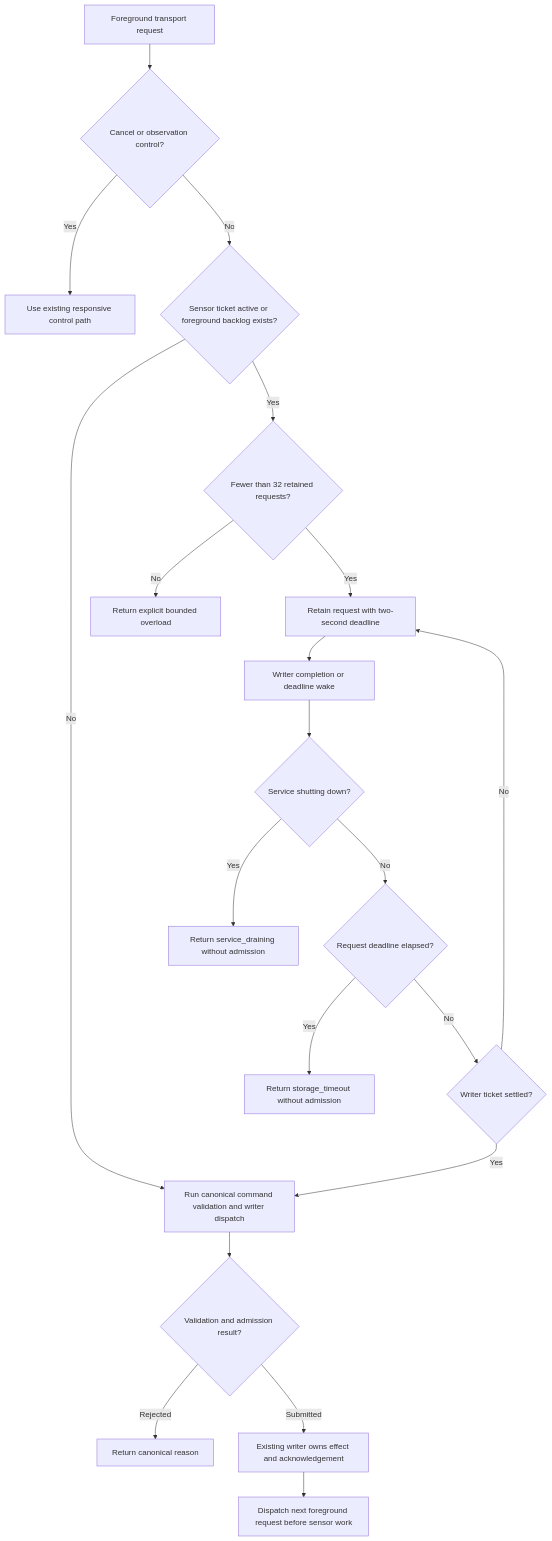
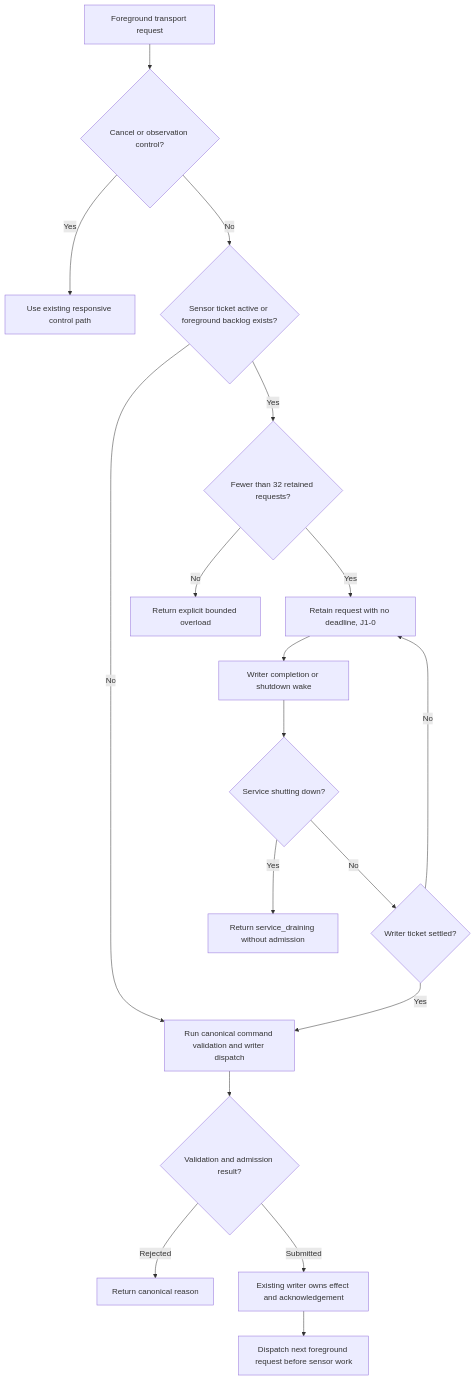
One commit to pidster/asura changed the eighth of 11 diagrams in docs/designs/sensors.md. Above: the diagram before and after it, drawn with Mermaid. The commit also changed other lines of this file and 56 other files, not shown here.

````diff
--- a/docs/designs/sensors.md
+++ b/docs/designs/sensors.md
@@ -631,22 +631,20 @@
 ```mermaid
 flowchart TD
     Request[Foreground transport request] --> Control{Cancel or observation control?}
     Control -->|Yes| Existing[Use existing responsive control path]
     Control -->|No| SensorBusy{Sensor ticket active or foreground backlog exists?}
     SensorBusy -->|No| Validate[Run canonical command validation and writer dispatch]
     SensorBusy -->|Yes| Capacity{Fewer than 32 retained requests?}
     Capacity -->|No| Busy[Return explicit bounded overload]
-    Capacity -->|Yes| Retain[Retain request with two-second deadline]
-    Retain --> Wake[Writer completion or deadline wake]
+    Capacity -->|Yes| Retain[Retain request with no deadline, J1-0]
+    Retain --> Wake[Writer completion or shutdown wake]
     Wake --> Closing{Service shutting down?}
     Closing -->|Yes| Drain[Return service_draining without admission]
-    Closing -->|No| Expired{Request deadline elapsed?}
-    Expired -->|Yes| Timeout[Return storage_timeout without admission]
-    Expired -->|No| Ready{Writer ticket settled?}
+    Closing -->|No| Ready{Writer ticket settled?}
     Ready -->|No| Retain
     Ready -->|Yes| Validate
     Validate --> Outcome{Validation and admission result?}
     Outcome -->|Rejected| Error[Return canonical reason]
     Outcome -->|Submitted| Commit[Existing writer owns effect and acknowledgement]
     Commit --> Next[Dispatch next foreground request before sensor work]
 ```
````
